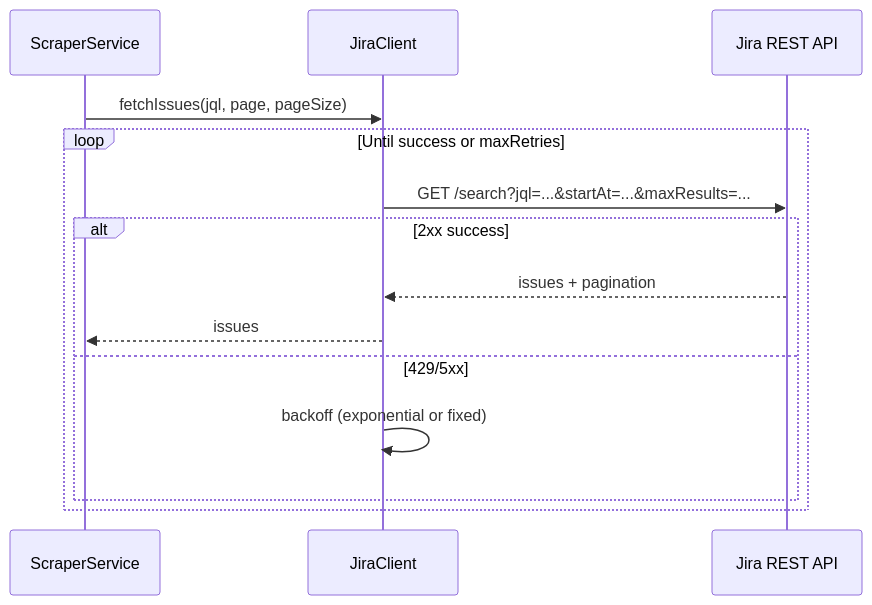
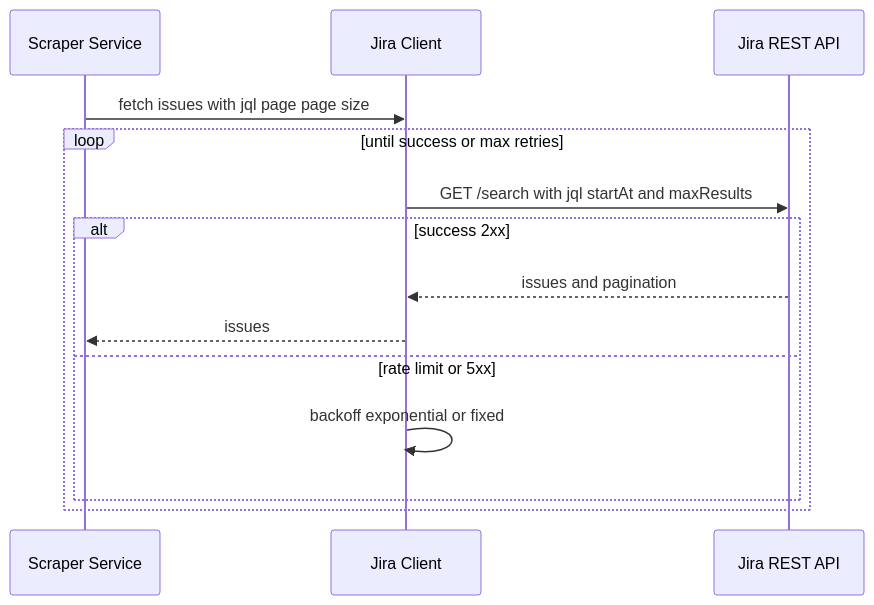
The second of 4 diagrams in README.md (shivamsbh/scraping-tool-for-jira-issues-of-public-apache-projects-), drawn with Mermaid before and after one commit. The commit also changed other lines of this file, not shown here.

Commit message:
fixed mermaid error in readme

````diff
--- a/README.md
+++ b/README.md
@@ -74,17 +74,17 @@
 ```mermaid
 sequenceDiagram
-    participant S as ScraperService
-    participant J as JiraClient
+    participant S as Scraper Service
+    participant J as Jira Client
     participant API as Jira REST API
 
-    S->>J: fetchIssues(jql, page, pageSize)
-    loop Until success or maxRetries
-        J->>API: GET /search?jql=...&startAt=...&maxResults=...
-        alt 2xx success
-            API-->>J: issues + pagination
+    S->>J: fetch issues with jql page page size
+    loop until success or max retries
+        J->>API: GET /search with jql startAt and maxResults
+        alt success 2xx
+            API-->>J: issues and pagination
             J-->>S: issues
-        else 429/5xx
-            J->>J: backoff (exponential or fixed)
+        else rate limit or 5xx
+            J->>J: backoff exponential or fixed
         end
     end
 ```
````
